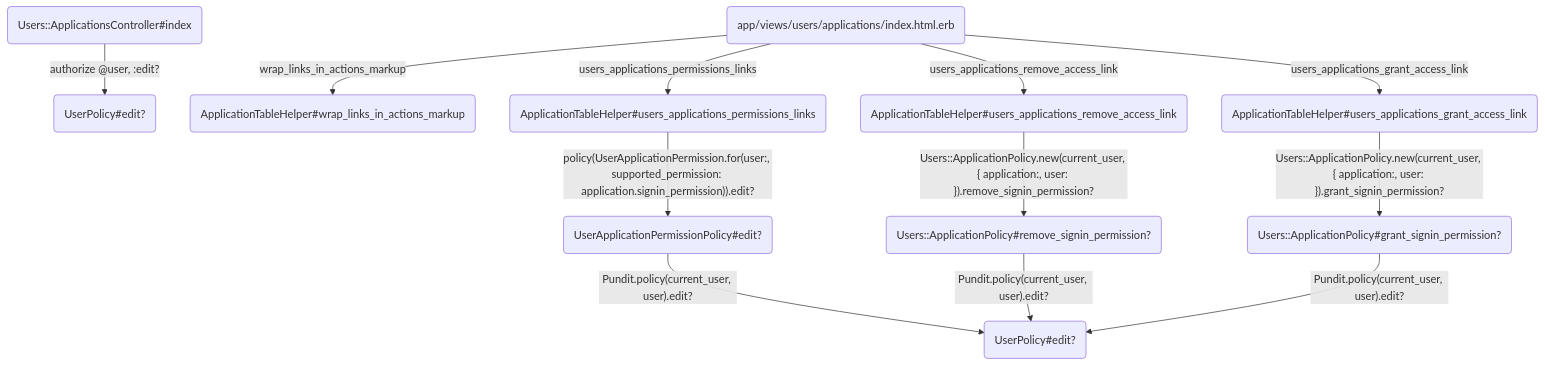
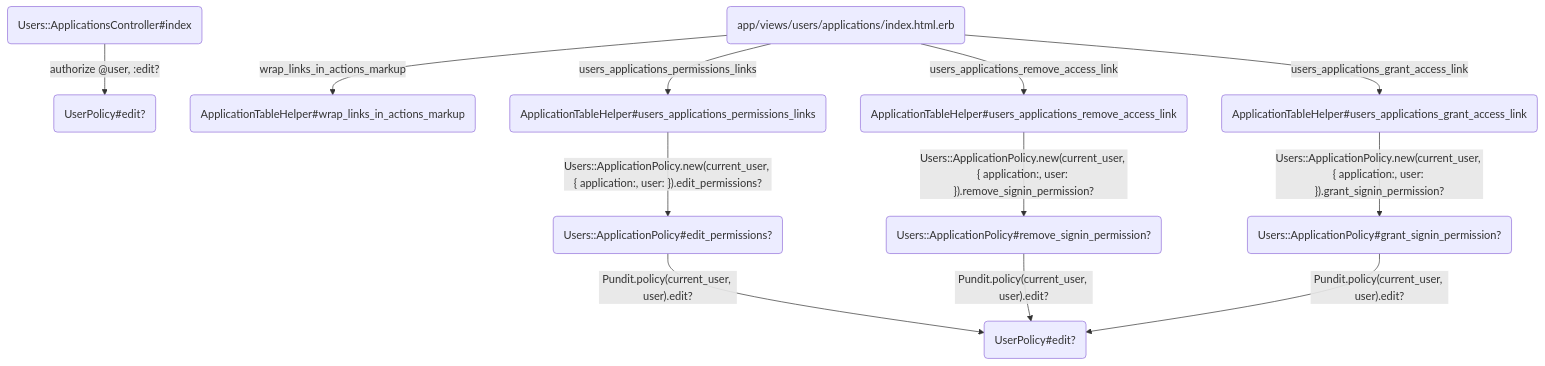
The seventh of 12 diagrams in docs/access_and_permissions.md (alphagov/signon), drawn with Mermaid before and after one commit. The commit also changed 4 other files, not shown here.

First line of the commit message:
Add `edit_permissions?` policy method

````diff
--- a/docs/access_and_permissions.md
+++ b/docs/access_and_permissions.md
@@ -186,14 +186,14 @@
 ```mermaid
 flowchart TD
     A(Users::ApplicationsController#index) --authorize @user, :edit?--> B(UserPolicy#edit?)
     C(app/views/users/applications/index.html.erb) --wrap_links_in_actions_markup--> D(ApplicationTableHelper#wrap_links_in_actions_markup)
     C --users_applications_permissions_links--> E(ApplicationTableHelper#users_applications_permissions_links)
-    E --policy(UserApplicationPermission.for(user:, supported_permission: application.signin_permission)).edit?--> F(UserApplicationPermissionPolicy#edit?)
+    E --Users::ApplicationPolicy.new(current_user, { application:, user: }).edit_permissions?--> F(Users::ApplicationPolicy#edit_permissions?)
     F --Pundit.policy(current_user, user).edit?--> G(UserPolicy#edit?)
     C --users_applications_remove_access_link--> H(ApplicationTableHelper#users_applications_remove_access_link)
     H --Users::ApplicationPolicy.new(current_user, { application:, user: }).remove_signin_permission?--> I(Users::ApplicationPolicy#remove_signin_permission?)
     I --Pundit.policy(current_user, user).edit?--> G
     C --users_applications_grant_access_link--> J(ApplicationTableHelper#users_applications_grant_access_link)
     J --Users::ApplicationPolicy.new(current_user, { application:, user: }).grant_signin_permission?--> K(Users::ApplicationPolicy#grant_signin_permission?)
     K --Pundit.policy(current_user, user).edit?--> G
 ```
````
